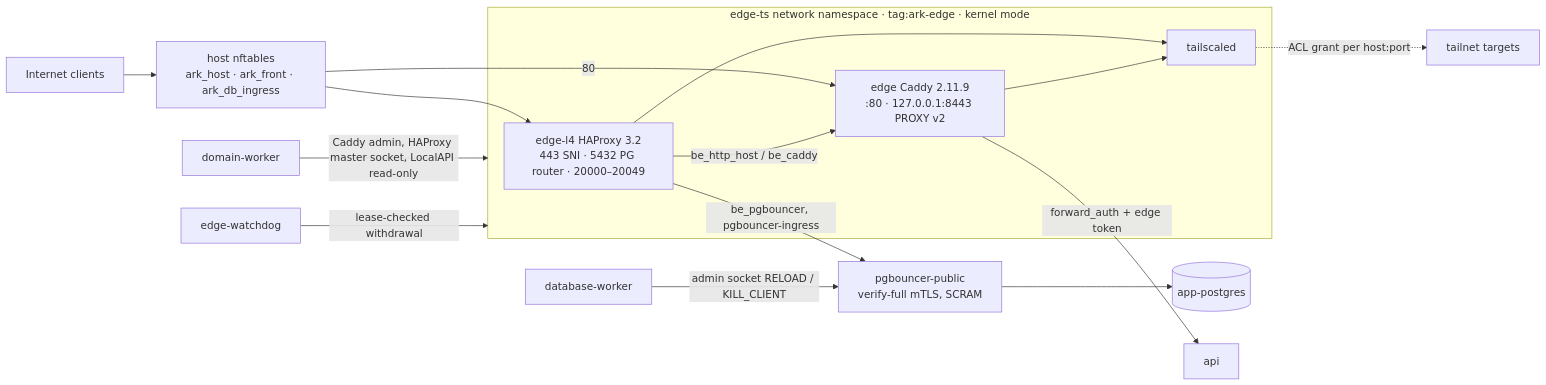
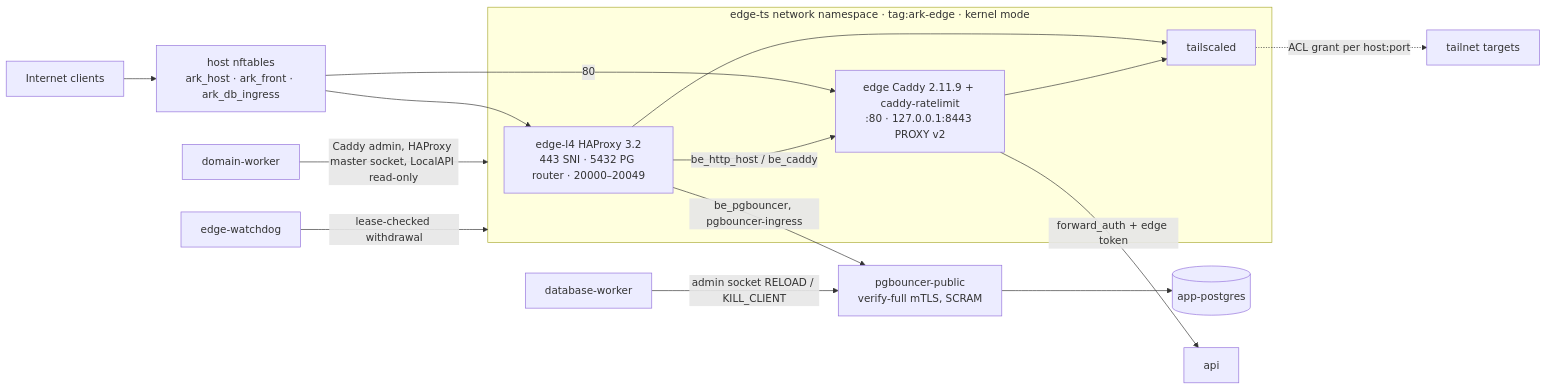
The diagram in docs/architecture.md (arkaydeus/ark-stack), drawn with Mermaid before and after one commit. The commit also changed other lines of this file and 49 other files, not shown here.

````diff
--- a/docs/architecture.md
+++ b/docs/architecture.md
@@ -28,21 +28,21 @@
 ```mermaid
 flowchart LR
   C[Internet clients] --> NFT[host nftables<br/>ark_host · ark_front · ark_db_ingress]
   NFT --> HAP
   subgraph NS[edge-ts network namespace · tag:ark-edge · kernel mode]
     HAP[edge-l4 HAProxy 3.2<br/>443 SNI · 5432 PG router · 20000–20049]
-    CAD[edge Caddy 2.11.9<br/>:80 · 127.0.0.1:8443 PROXY v2]
+    CAD[edge Caddy 2.11.9 + caddy-ratelimit<br/>:80 · 127.0.0.1:8443 PROXY v2]
     TS[tailscaled]
   end
   NFT -->|80| CAD
   HAP -->|be_http_host / be_caddy| CAD
   HAP -->|be_pgbouncer, pgbouncer-ingress| PGB[pgbouncer-public<br/>verify-full mTLS, SCRAM]
   PGB --> APG[(app-postgres)]
   CAD -->|forward_auth + edge token| API[api]
   HAP --> TS
   CAD --> TS
   TS -.->|ACL grant per host:port| T[tailnet targets]
   DW[domain-worker] -->|Caddy admin, HAProxy master socket, LocalAPI read-only| NS
   WD[edge-watchdog] -->|lease-checked withdrawal| NS
   DBW[database-worker] -->|admin socket RELOAD / KILL_CLIENT| PGB
 ```
````
